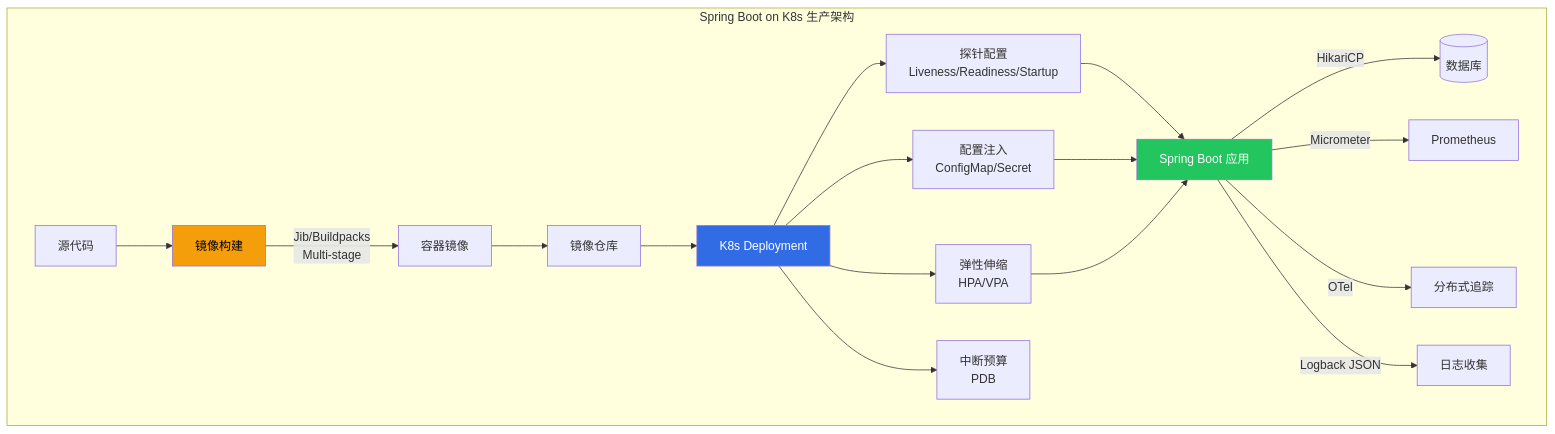
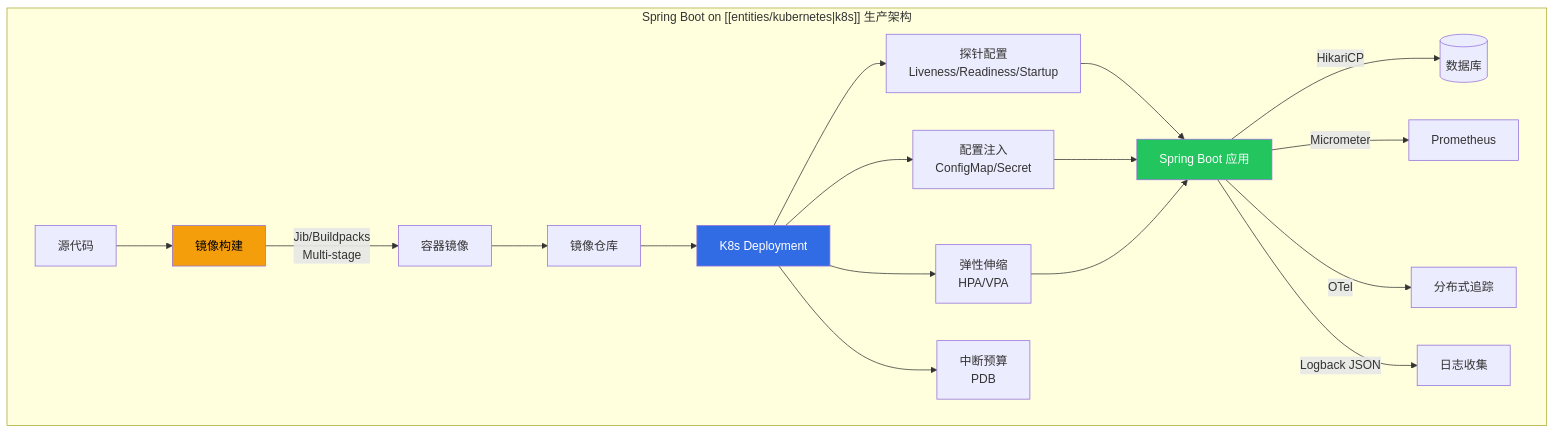
One commit to kudig-io/kudig-database changed the first of 2 diagrams in domain-02-workloads-applications/02-spring-boot-kubernetes-production.md. Above: the diagram before and after it, drawn with Mermaid. The commit also changed other lines of this file and 5906 other files, not shown here.

````diff
--- a/domain-02-workloads-applications/02-spring-boot-kubernetes-production.md
+++ b/domain-02-workloads-applications/02-spring-boot-kubernetes-production.md
@@ -101,27 +58,27 @@
 ```mermaid
 graph TB
-    subgraph "Spring Boot on K8s 生产架构"
+    subgraph "Spring Boot on [[entities/kubernetes|k8s]] 生产架构"
         SRC[源代码] --> BUILD[镜像构建]
         BUILD --> |Jib/Buildpacks<br/>Multi-stage| IMG[容器镜像]
         IMG --> REG[镜像仓库]
         REG --> DEPLOY[K8s Deployment]
         
         DEPLOY --> PROBE[探针配置<br/>Liveness/Readiness/Startup]
         DEPLOY --> CONFIG[配置注入<br/>ConfigMap/Secret]
         DEPLOY --> HPA[弹性伸缩<br/>HPA/VPA]
         DEPLOY --> PDB[中断预算<br/>PDB]
         
         PROBE --> APP[Spring Boot 应用]
         CONFIG --> APP
         HPA --> APP
         
         APP --> |HikariCP| DB[(数据库)]
         APP --> |Micrometer| PROM[Prometheus]
         APP --> |OTel| TRACE[分布式追踪]
         APP --> |Logback JSON| LOG[日志收集]
     end
     
     style BUILD fill:#f59e0b,color:#000
     style APP fill:#22c55e,color:#fff
     style DEPLOY fill:#326ce5,color:#fff
 ```
````
